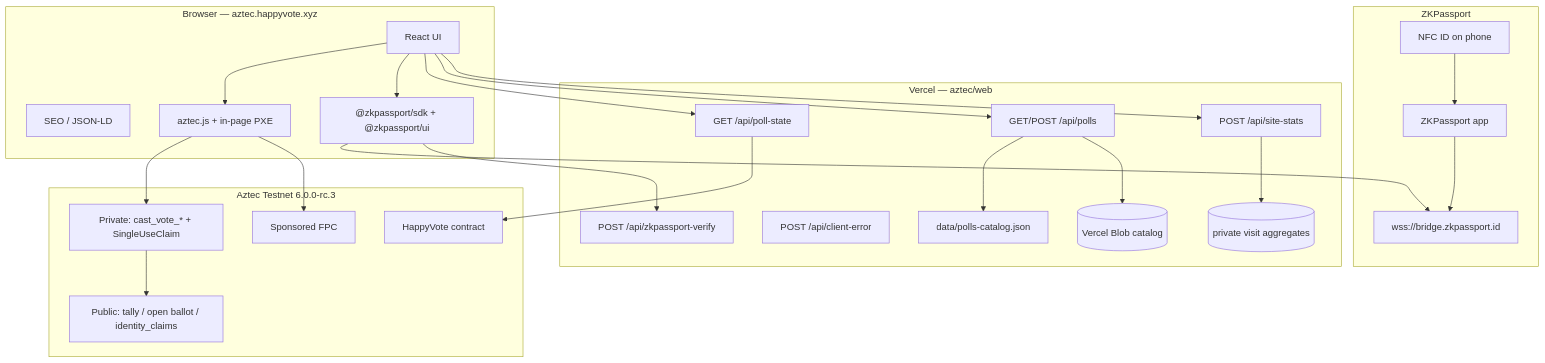
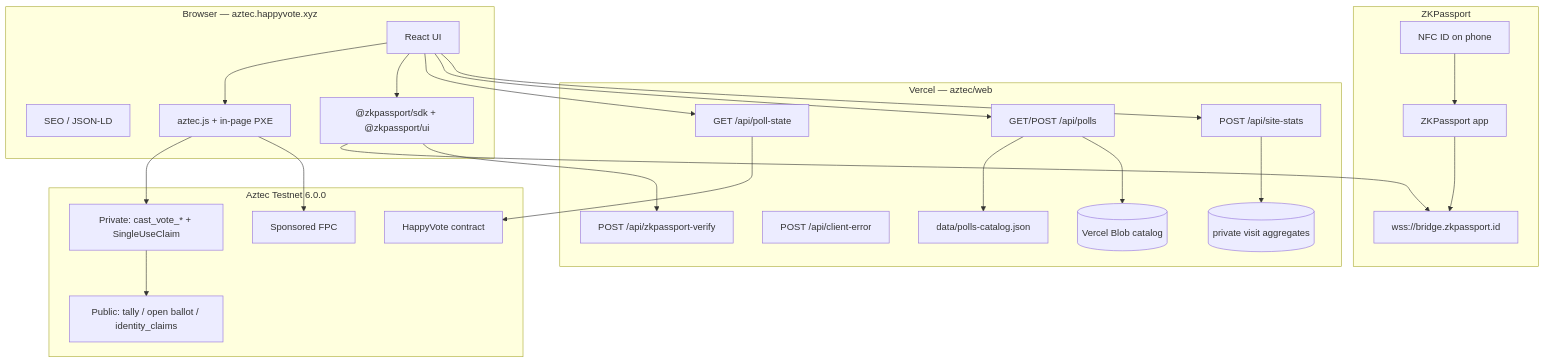
One commit to pittpv/happy-vote-aztec changed the first of 2 diagrams in docs/en/02-ARCHITECTURE.md. Above: the diagram before and after it, drawn with Mermaid. The commit also changed other lines of this file and 49 other files, not shown here.

````diff
--- a/docs/en/02-ARCHITECTURE.md
+++ b/docs/en/02-ARCHITECTURE.md
@@ -7,50 +7,50 @@
 ```mermaid
 flowchart TB
   subgraph Client["Browser — aztec.happyvote.xyz"]
     UI[React UI]
     SEO[SEO / JSON-LD]
     AZJS[aztec.js + in-page PXE]
     ZKP["@zkpassport/sdk + @zkpassport/ui"]
   end
 
   subgraph Edge["Vercel — aztec/web"]
     PollState["GET /api/poll-state"]
     PollsAPI["GET/POST /api/polls"]
     ZkAPI["POST /api/zkpassport-verify"]
     ErrAPI["POST /api/client-error"]
     StatsAPI["POST /api/site-stats"]
     Blob[(Vercel Blob catalog)]
     StatsBlob[(private visit aggregates)]
     Seed[data/polls-catalog.json]
   end
 
   subgraph Identity["ZKPassport"]
     Phone[NFC ID on phone]
     ZKPApp[ZKPassport app]
     Bridge[wss://bridge.zkpassport.id]
   end
 
-  subgraph AztecL2["Aztec Testnet 6.0.0-rc.3"]
+  subgraph AztecL2["Aztec Testnet 6.0.0"]
     HV[HappyVote contract]
     PrivateExec["Private: cast_vote_* + SingleUseClaim"]
     PublicExec["Public: tally / open ballot / identity_claims"]
     FPC[Sponsored FPC]
   end
 
   UI --> AZJS
   UI --> ZKP
   UI --> PollState
   UI --> PollsAPI
   UI --> StatsAPI
   ZKP --> Bridge
   Phone --> ZKPApp
   ZKPApp --> Bridge
   ZKP --> ZkAPI
   PollsAPI --> Seed
   PollsAPI --> Blob
   StatsAPI --> StatsBlob
   AZJS --> PrivateExec
   PrivateExec --> PublicExec
   AZJS --> FPC
   PollState --> HV
 ```
````
